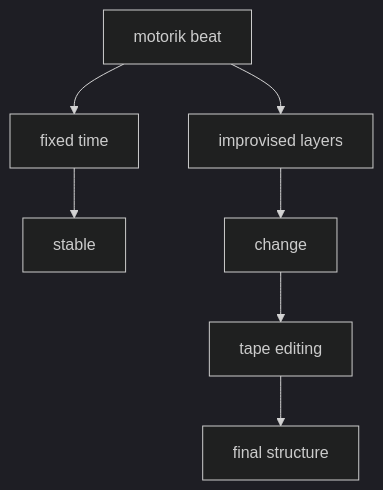
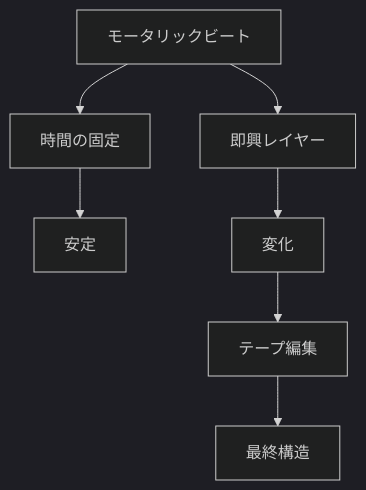
One commit to monumental-movement/monumental-movement.github.io changed the second of 2 diagrams in en/_posts/2026-04-25-column-can.md. Above: the diagram before and after it, drawn with Mermaid (dark theme). The commit also changed other lines of this file and 2196 other files, not shown here.

```diff
--- a/en/_posts/2026-04-25-column-can.md
+++ b/en/_posts/2026-04-25-column-can.md
@@ -143,9 +142,9 @@
 <div class="mermaid">
 graph TD
-    A[motorik beat] --> B[fixed time]
-    B --> C[stable]
-    A --> D[improvised layers]
-    D --> E[change]
-    E --> F[tape editing]
-    F --> G[final structure]
+    A[モータリックビート] --> B[時間の固定]
+    B --> C[安定]
+    A --> D[即興レイヤー]
+    D --> E[変化]
+    E --> F[テープ編集]
+    F --> G[最終構造]
 </div>
```
